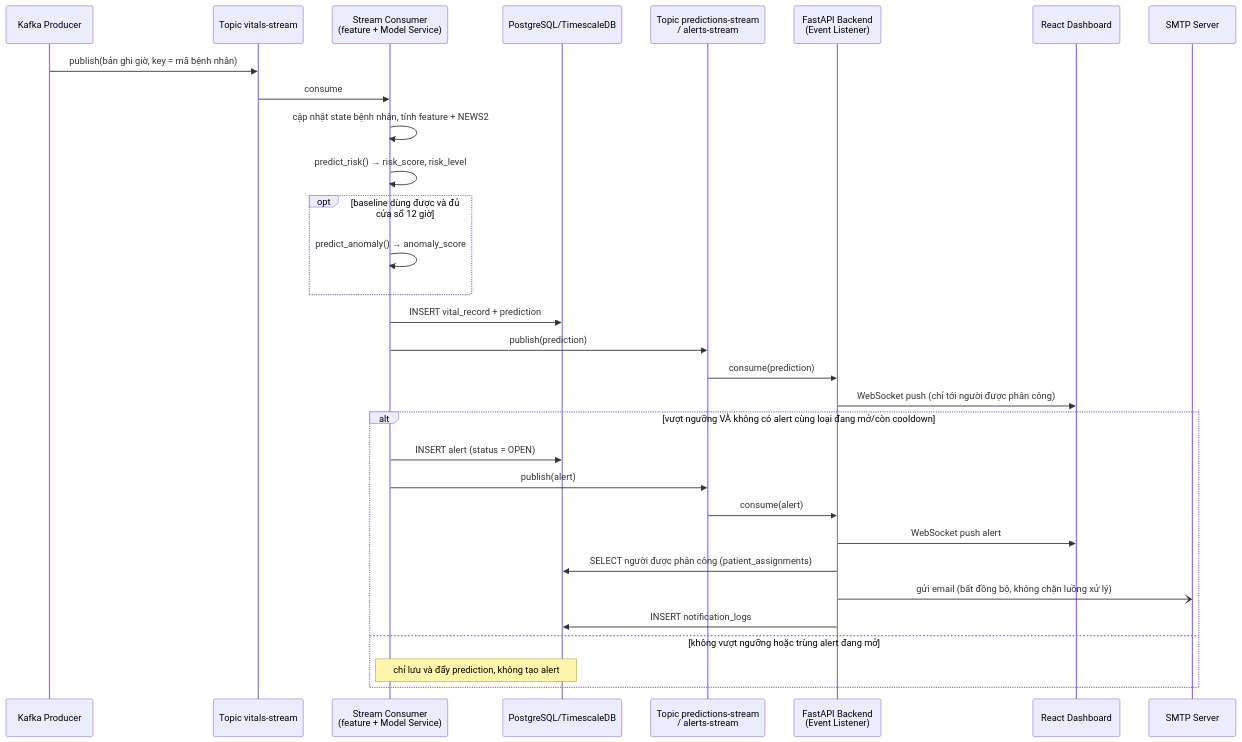
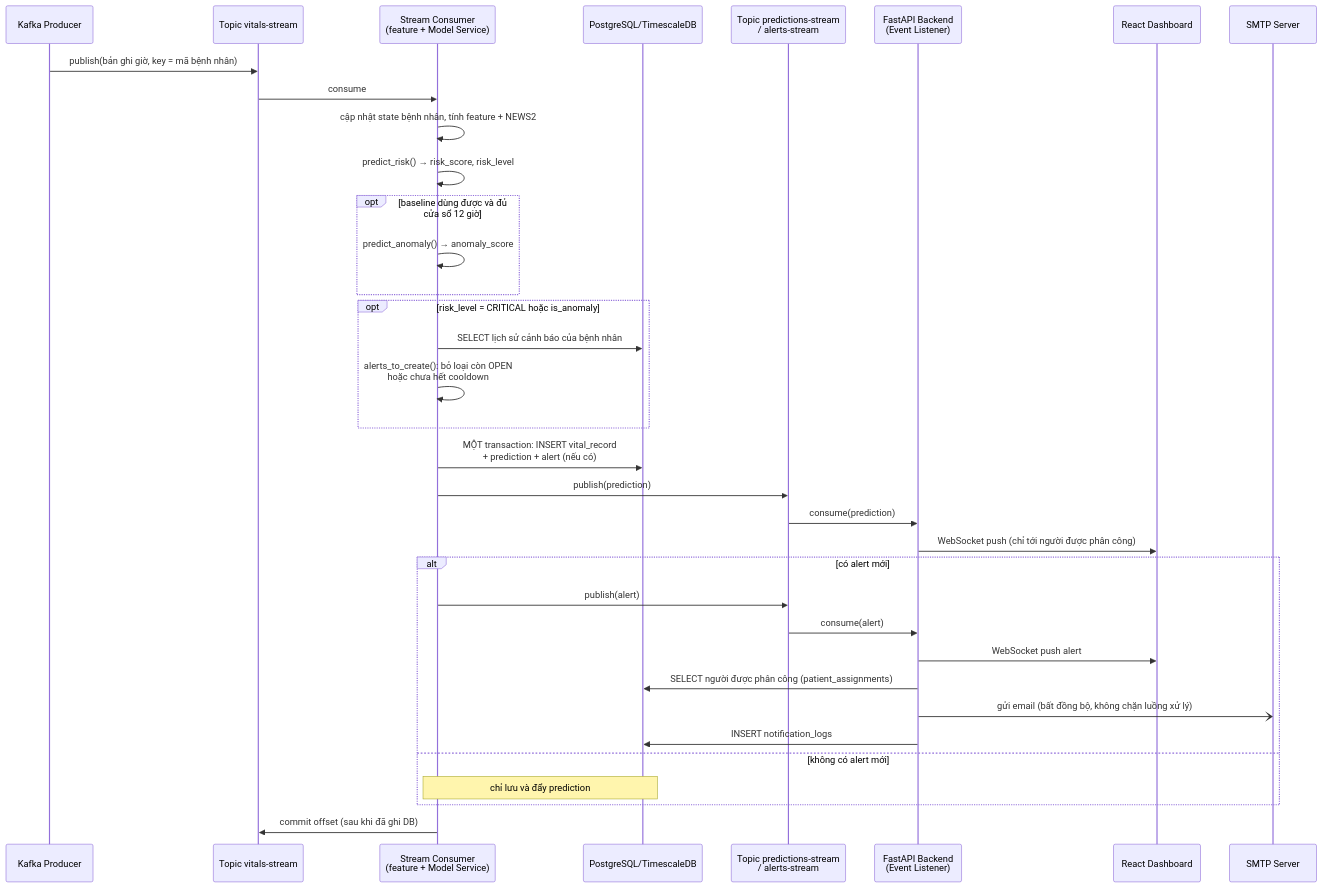
Before and after one commit to MinhNguyen1007/Remote-patient-monitoring-system-using-Streaming-MLOps: the first of 4 diagrams in docs/design/02_4_sequence.md, drawn with Mermaid. The commit also changed other lines of this file and 23 other files, not shown here.

````diff
--- a/docs/design/02_4_sequence.md
+++ b/docs/design/02_4_sequence.md
@@ -5,34 +5,38 @@
 ```mermaid
 sequenceDiagram
     participant P as Kafka Producer
     participant KV as Topic vitals-stream
     participant C as Stream Consumer<br/>(feature + Model Service)
     participant DB as PostgreSQL/TimescaleDB
     participant KE as Topic predictions-stream<br/>/ alerts-stream
     participant BE as FastAPI Backend<br/>(Event Listener)
     participant FE as React Dashboard
     participant Mail as SMTP Server
 
     P->>KV: publish(bản ghi giờ, key = mã bệnh nhân)
     KV->>C: consume
     C->>C: cập nhật state bệnh nhân, tính feature + NEWS2
     C->>C: predict_risk() → risk_score, risk_level
     opt baseline dùng được và đủ cửa sổ 12 giờ
         C->>C: predict_anomaly() → anomaly_score
     end
-    C->>DB: INSERT vital_record + prediction
+    opt risk_level = CRITICAL hoặc is_anomaly
+        C->>DB: SELECT lịch sử cảnh báo của bệnh nhân
+        C->>C: alerts_to_create(): bỏ loại còn OPEN<br/>hoặc chưa hết cooldown
+    end
+    C->>DB: MỘT transaction: INSERT vital_record<br/>+ prediction + alert (nếu có)
     C->>KE: publish(prediction)
     KE->>BE: consume(prediction)
     BE->>FE: WebSocket push (chỉ tới người được phân công)
-    alt vượt ngưỡng VÀ không có alert cùng loại đang mở/còn cooldown
-        C->>DB: INSERT alert (status = OPEN)
+    alt có alert mới
         C->>KE: publish(alert)
         KE->>BE: consume(alert)
         BE->>FE: WebSocket push alert
         BE->>DB: SELECT người được phân công (patient_assignments)
         BE-)Mail: gửi email (bất đồng bộ, không chặn luồng xử lý)
         BE->>DB: INSERT notification_logs
-    else không vượt ngưỡng hoặc trùng alert đang mở
-        Note over C,DB: chỉ lưu và đẩy prediction, không tạo alert
+    else không có alert mới
+        Note over C,DB: chỉ lưu và đẩy prediction
     end
+    C->>KV: commit offset (sau khi đã ghi DB)
 ```
````
